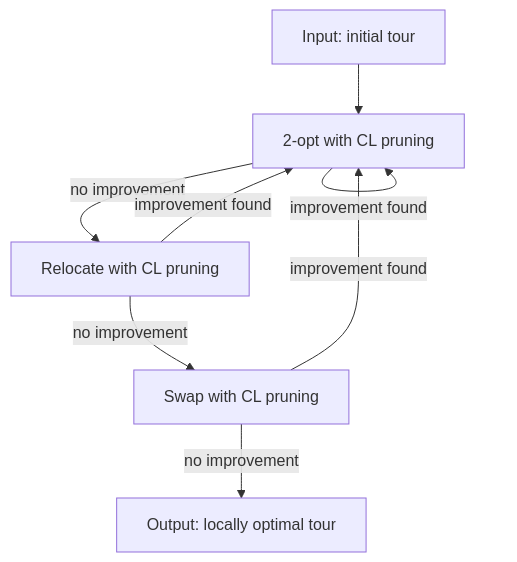
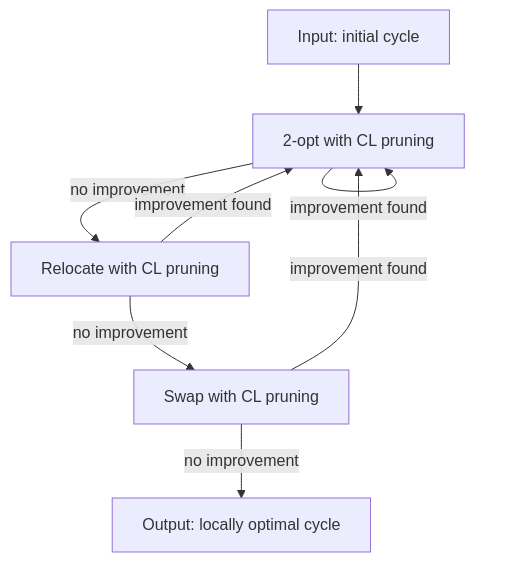
The first of 2 diagrams in paper/sections/section-4.3.md (Maple-Ali/Matlab-pathplan-simulation), drawn with Mermaid before and after one commit. The commit also changed other lines of this file and 46 other files, not shown here.

Commit message:
大规模实验数据与论文更新：新增 Map2/Map3/kroB100 实验、参数敏感性/消融/算法对比绘图、AStar_v1_1，TSP_X 系列优化，论文多节修订

````diff
--- a/paper/sections/section-4.3.md
+++ b/paper/sections/section-4.3.md
@@ -128,10 +141,10 @@
 ```mermaid
 flowchart TB
-    A["Input: initial tour"] --> B["2-opt with CL pruning"]
+    A["Input: initial cycle"] --> B["2-opt with CL pruning"]
     B -->|"improvement found"| B
     B -->|"no improvement"| C["Relocate with CL pruning"]
     C -->|"improvement found"| B
     C -->|"no improvement"| D["Swap with CL pruning"]
     D -->|"improvement found"| B
-    D -->|"no improvement"| E["Output: locally optimal tour"]
+    D -->|"no improvement"| E["Output: locally optimal cycle"]
 ```
````
